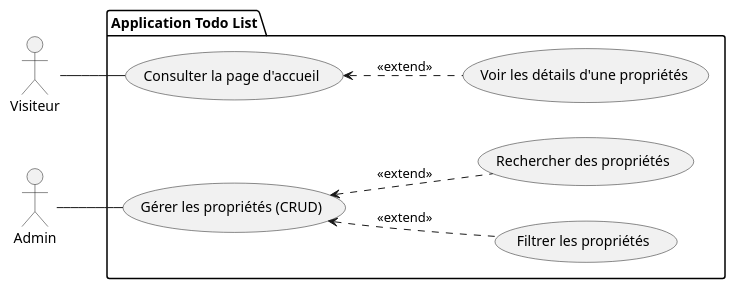
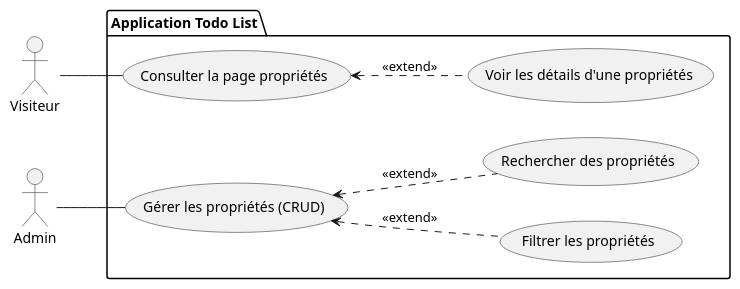
Before and after one commit to Solicode-mobile-development/Project-Technique: the diagram in images/use-case.pu, drawn with PlantUML. The commit also changed 1 other file, not shown here.

```diff
--- a/images/use-case.pu
+++ b/images/use-case.pu
@@ -1,24 +1,24 @@
 @startuml
 left to right direction
 actor "Visiteur" as Visiteur
 actor "Admin" as Admin
 
 package "Application Todo List" {
-    usecase "Consulter la page d'accueil" as UC_Accueil
+    usecase "Consulter la page propriétés" as UC_Accueil
     usecase "Voir les détails d'une propriétés" as UC_Details
     
     usecase "Gérer les propriétés (CRUD)" as UC_CRUD
     usecase "Filtrer les propriétés" as UC_Filtrer
     usecase "Rechercher des propriétés" as UC_Rechercher
 }
 
 ' Relations Visiteur
 Visiteur -- UC_Accueil
 UC_Accueil <.. UC_Details : <<extend>>
 
 ' Relations Admin
 Admin -- UC_CRUD
 UC_CRUD <.. UC_Filtrer : <<extend>>
 UC_CRUD <.. UC_Rechercher : <<extend>>
 
 @enduml
```
